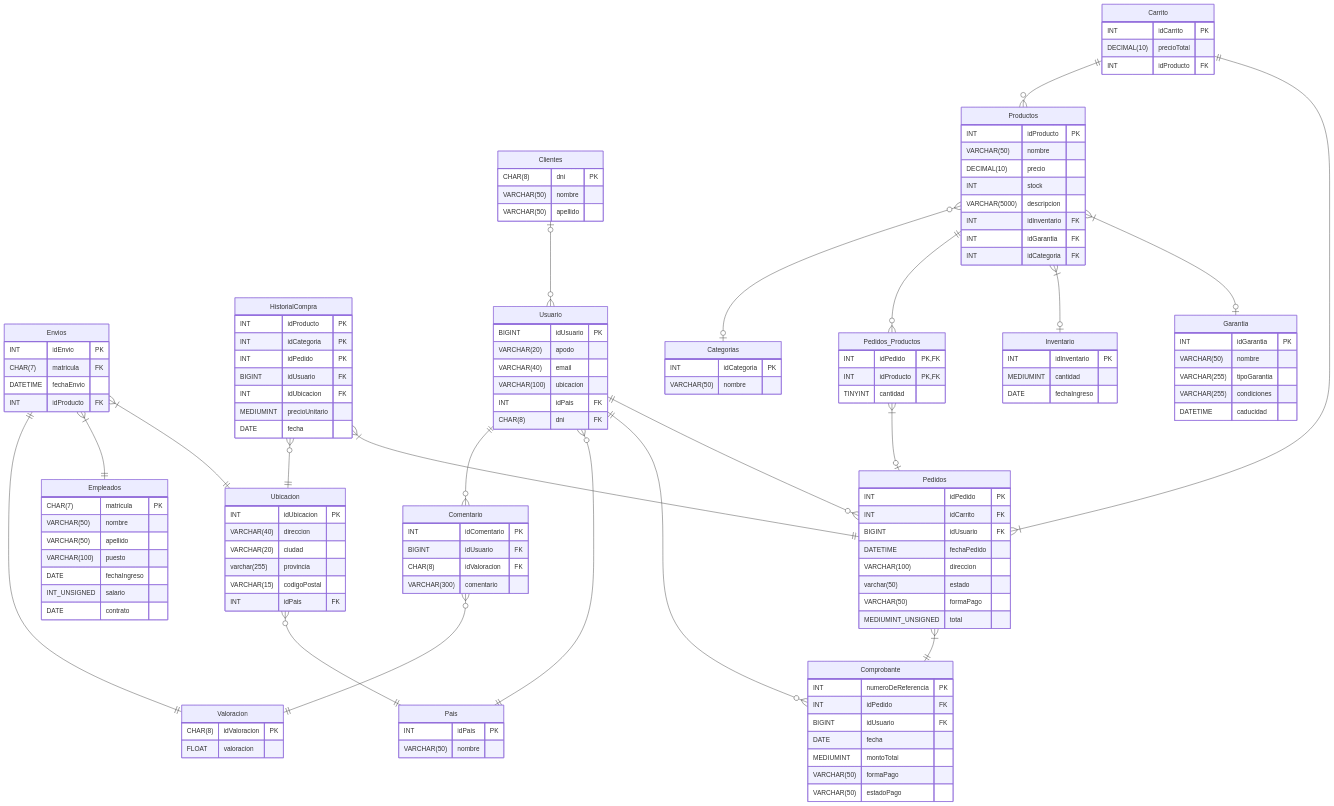
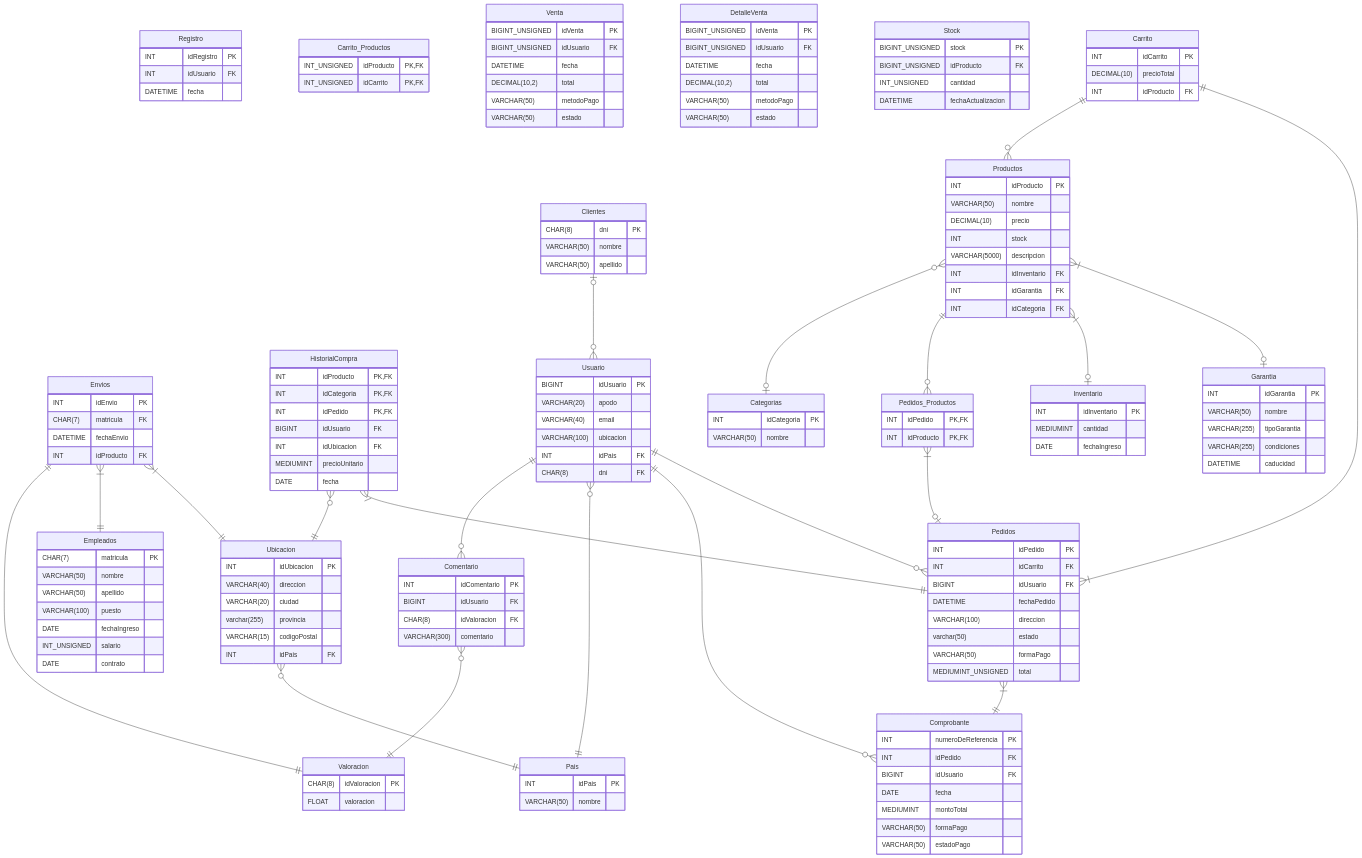
The diagram in README.md (Darkops56/BD_TiendaOnline), drawn with Mermaid before and after one commit. The commit also changed 2 other files, not shown here.

Commit message:
Mejora en DDL

```diff
--- a/README.md
+++ b/README.md
@@ -22,31 +22,60 @@
     Envios {
         INT idEnvio PK
         CHAR(7) matricula FK
-        DATETIME fechaEnvio
+        DATETIME fechaEnvio 
         INT idProducto FK
     }
 
     HistorialCompra {
-        INT idProducto PK
-        INT idCategoria PK
-        INT idPedido PK
+        INT idProducto PK, FK
+        INT idCategoria PK, FK
+        INT idPedido PK, FK
         BIGINT idUsuario FK
         INT idUbicacion FK
         MEDIUMINT precioUnitario
         DATE fecha
     }
-
+    Registro{
+        INT idRegistro PK
+        INT idUsuario FK
+        DATETIME fecha
+    
+    }
     Clientes {
         CHAR(8) dni PK
         VARCHAR(50) nombre
         VARCHAR(50) apellido
     }
-
+    Carrito_Productos{
+        INT_UNSIGNED idProducto PK, FK
+        INT_UNSIGNED idCarrito PK, FK
+    }
     Valoracion {
         CHAR(8) idValoracion PK
         FLOAT valoracion
     }
-
+    Venta{
+        BIGINT_UNSIGNED idVenta PK
+        BIGINT_UNSIGNED idUsuario FK
+        DATETIME fecha
+        DECIMAL(10,2) total
+        VARCHAR(50) metodoPago
+        VARCHAR(50) estado
+    }
+    DetalleVenta{
+        BIGINT_UNSIGNED idVenta PK
+        BIGINT_UNSIGNED idUsuario FK
+        DATETIME fecha
+        DECIMAL(10,2) total
+        VARCHAR(50) metodoPago
+        VARCHAR(50) estado
+    }
+    Stock{
+        BIGINT_UNSIGNED stock PK
+        BIGINT_UNSIGNED idProducto FK
+        INT_UNSIGNED cantidad
+        DATETIME fechaActualizacion
+    }
     Pedidos {
         INT idPedido PK
         INT idCarrito FK
@@ -121,7 +150,6 @@
     Pedidos_Productos {
         INT idPedido PK, FK
         INT idProducto PK, FK
-        TINYINT cantidad
     }
 
     Categorias {
```
